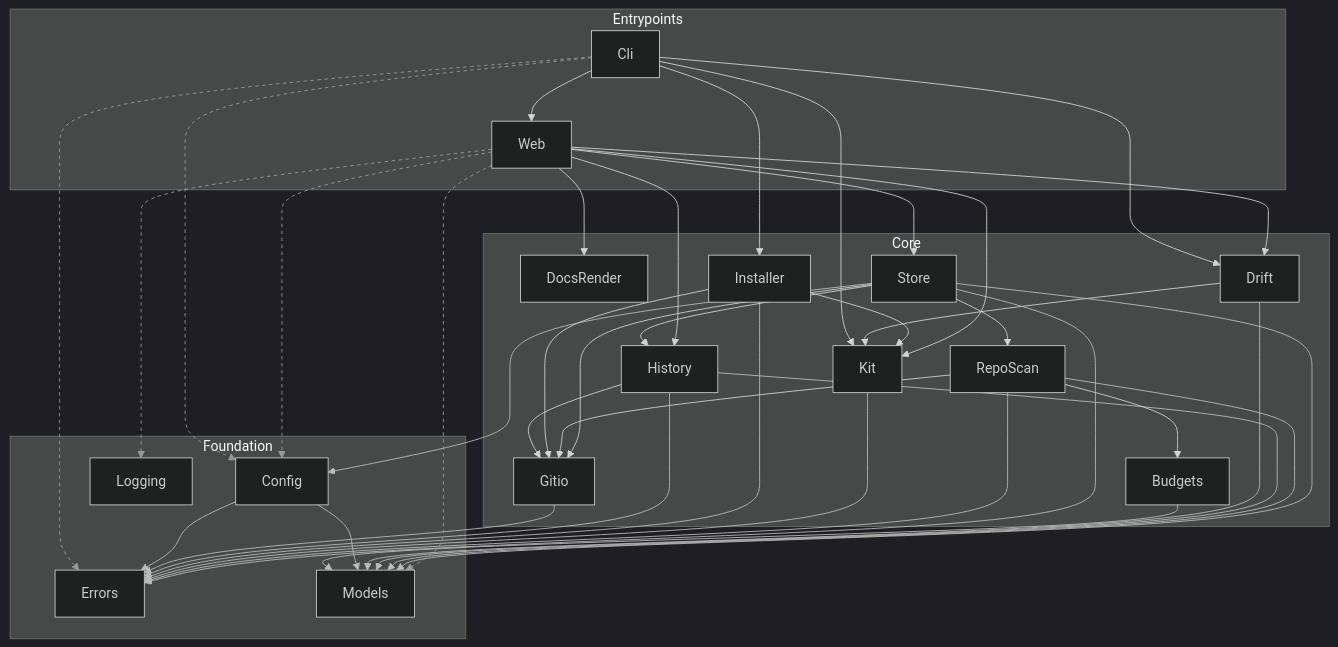
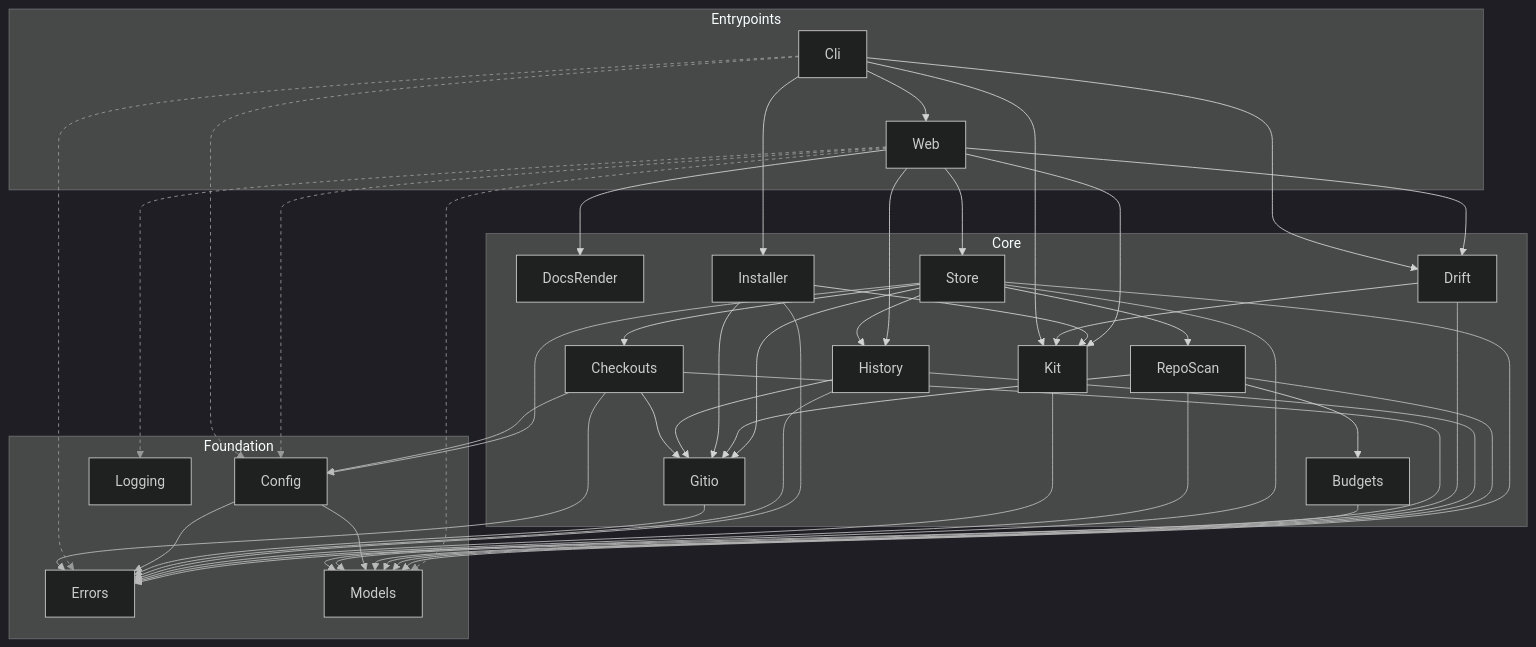
One commit to agent-lore/guardrail-hub changed the diagram in docs/generated/architecture.md. Above: the diagram before and after it, drawn with Mermaid (dark theme). The commit also changed 28 other files, not shown here.

````diff
--- a/docs/generated/architecture.md
+++ b/docs/generated/architecture.md
@@ -11,6 +11,7 @@
   end
   subgraph tier_Core["Core"]
     Budgets
+    Checkouts
     DocsRender
     Drift
     Gitio
@@ -27,6 +28,7 @@
     Models
   end
   click Budgets "components/Budgets.md"
+  click Checkouts "components/Checkouts.md"
   click Cli "components/Cli.md"
   click Config "components/Config.md"
   click DocsRender "components/DocsRender.md"
@@ -42,6 +44,10 @@
   click Store "components/Store.md"
   click Web "components/Web.md"
   Budgets --> Models
+  Checkouts --> Config
+  Checkouts --> Errors
+  Checkouts --> Gitio
+  Checkouts --> Models
   Cli --> Config
   Cli --> Drift
   Cli --> Errors
@@ -64,6 +70,7 @@
   RepoScan --> Errors
   RepoScan --> Gitio
   RepoScan --> Models
+  Store --> Checkouts
   Store --> Config
   Store --> Errors
   Store --> Gitio
@@ -79,22 +86,25 @@
   Web --> Models
   Web --> Store
   linkStyle 0 stroke:#bbb
-  linkStyle 1 stroke:#999,stroke-dasharray:4
-  linkStyle 3 stroke:#999,stroke-dasharray:4
-  linkStyle 7 stroke:#bbb
-  linkStyle 8 stroke:#bbb
-  linkStyle 10 stroke:#bbb
+  linkStyle 1 stroke:#bbb
+  linkStyle 2 stroke:#bbb
+  linkStyle 4 stroke:#bbb
+  linkStyle 5 stroke:#999,stroke-dasharray:4
+  linkStyle 7 stroke:#999,stroke-dasharray:4
   linkStyle 11 stroke:#bbb
   linkStyle 12 stroke:#bbb
   linkStyle 14 stroke:#bbb
   linkStyle 15 stroke:#bbb
+  linkStyle 16 stroke:#bbb
   linkStyle 18 stroke:#bbb
-  linkStyle 20 stroke:#bbb
+  linkStyle 19 stroke:#bbb
   linkStyle 22 stroke:#bbb
-  linkStyle 23 stroke:#bbb
   linkStyle 24 stroke:#bbb
-  linkStyle 27 stroke:#bbb
-  linkStyle 29 stroke:#999,stroke-dasharray:4
+  linkStyle 26 stroke:#bbb
+  linkStyle 28 stroke:#bbb
+  linkStyle 29 stroke:#bbb
+  linkStyle 32 stroke:#bbb
   linkStyle 34 stroke:#999,stroke-dasharray:4
-  linkStyle 35 stroke:#999,stroke-dasharray:4
+  linkStyle 39 stroke:#999,stroke-dasharray:4
+  linkStyle 40 stroke:#999,stroke-dasharray:4
 ```
````
